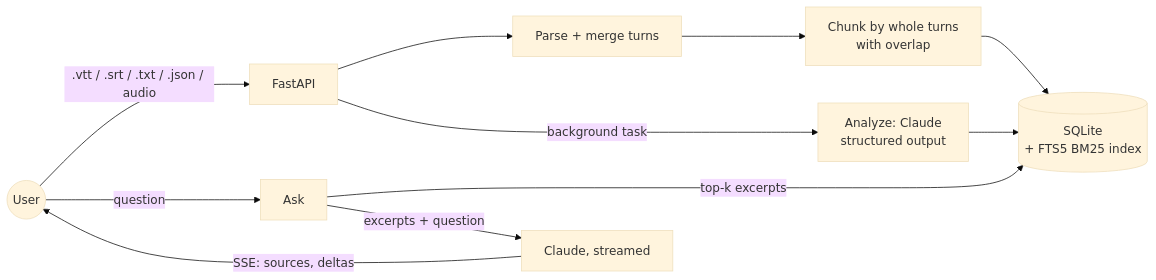
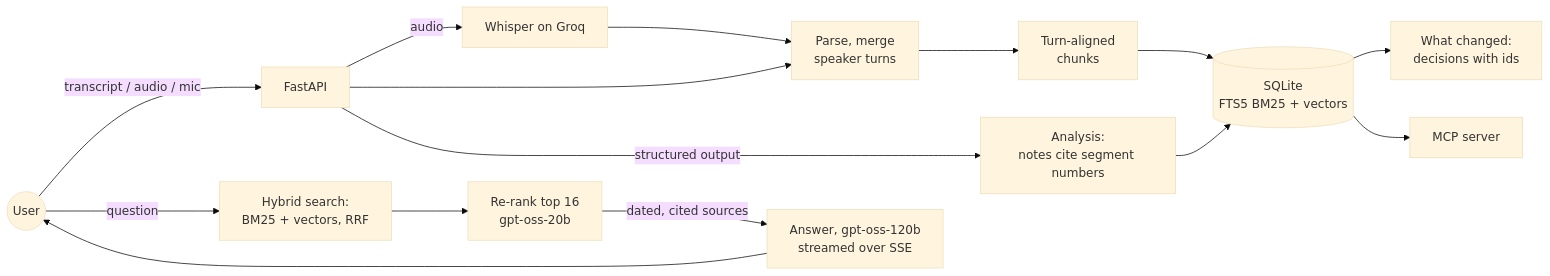
One commit to Shibin506/minutes-ai changed the diagram in README.md. Above: the diagram before and after it, drawn with Mermaid (base theme). The commit also changed other lines of this file and 2 other files, not shown here.

First line of the commit message:
WIP: README for hybrid search, what changed, live mode, MCP, exports; new screenshots (eval numbers pending)

````diff
--- a/README.md
+++ b/README.md
@@ -42,13 +40,17 @@
 ```mermaid
 graph LR
-    U((User)) -->|.vtt / .srt / .txt / .json / audio| API[FastAPI]
-    API --> P[Parse + merge turns]
-    P --> C[Chunk by whole turns<br/>with overlap]
-    C --> DB[(SQLite<br/>+ FTS5 BM25 index)]
-    API -->|background task| A[Analyze: Claude<br/>structured output]
+    U((User)) -->|transcript / audio / mic| API[FastAPI]
+    API -->|audio| W[Whisper on Groq]
+    W --> P
+    API --> P[Parse, merge<br/>speaker turns]
+    P --> C[Turn-aligned<br/>chunks]
+    C --> DB[(SQLite<br/>FTS5 BM25 + vectors)]
+    API -->|structured output| A[Analysis:<br/>notes cite segment numbers]
     A --> DB
-    U -->|question| Q[Ask]
-    Q -->|top-k excerpts| DB
-    Q -->|excerpts + question| L[Claude, streamed]
-    L -->|SSE: sources, deltas| U
+    U -->|question| H[Hybrid search:<br/>BM25 + vectors, RRF]
+    H --> R[Re-rank top 16<br/>gpt-oss-20b]
+    R -->|dated, cited sources| L[Answer, gpt-oss-120b<br/>streamed over SSE]
+    L --> U
+    DB --> X[What changed:<br/>decisions with ids]
+    DB --> M[MCP server]
 ```
````
